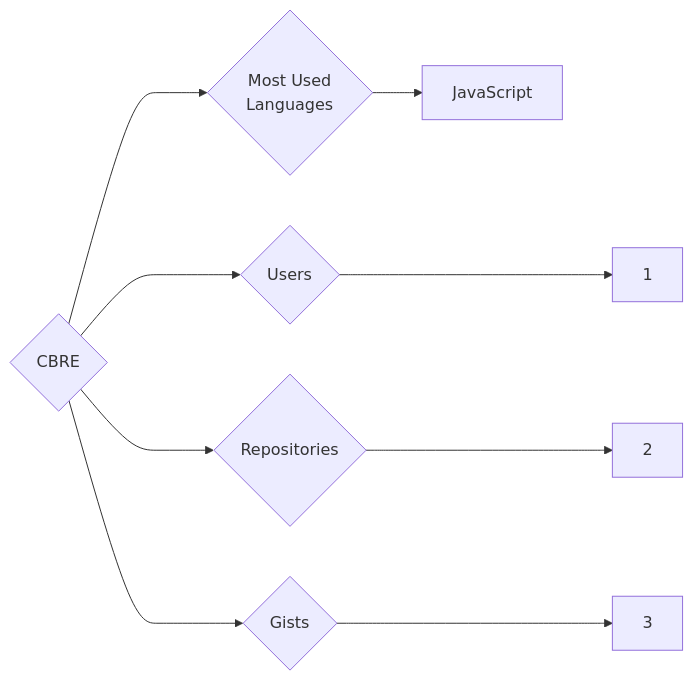
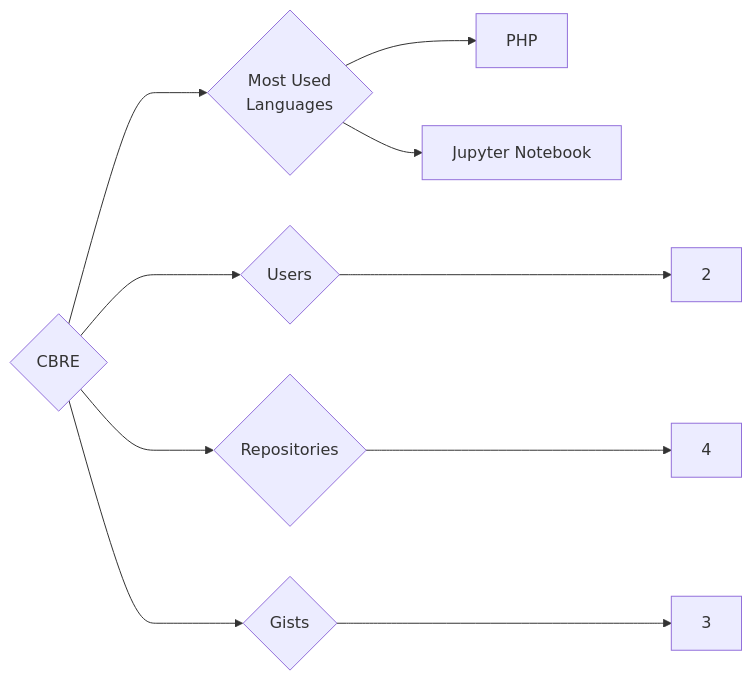
The diagram in targets/CBRE/README.md (trickest/insiders), drawn with Mermaid before and after one commit. The commit also changed 880 other files, not shown here.

````diff
--- a/targets/CBRE/README.md
+++ b/targets/CBRE/README.md
@@ -3,9 +3,10 @@
 ```mermaid
 graph LR
 COMPANY_NAME{CBRE}
-COMPANY_NAME ---> U{Users} ---> UN[1]
-COMPANY_NAME ---> R{Repositories} ---> RN[2]
+COMPANY_NAME ---> U{Users} ---> UN[2]
+COMPANY_NAME ---> R{Repositories} ---> RN[4]
 COMPANY_NAME ---> G{Gists} ---> GN[3]
 COMPANY_NAME ---> ML{Most Used<br>Languages}
-ML --> JavaScript[JavaScript]
+ML --> PHP[PHP]
+ML --> Jupyter_Notebook[Jupyter Notebook]
 ```
````
